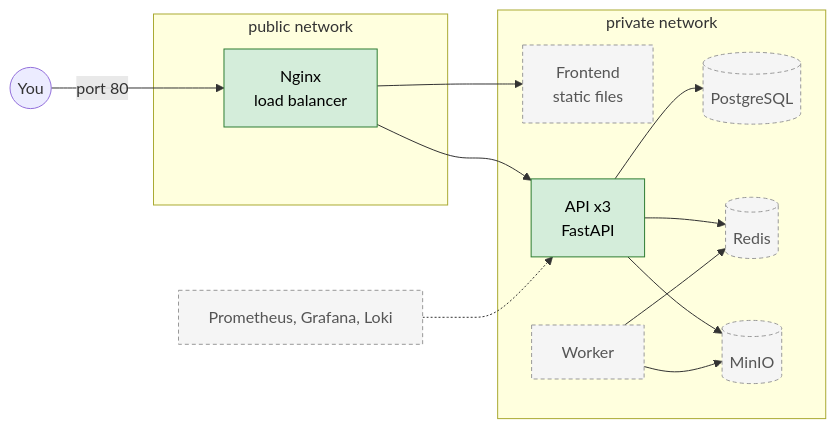
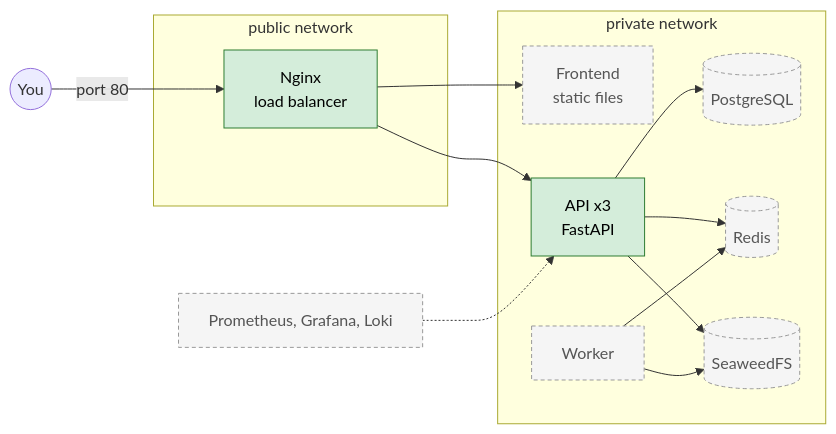
The diagram in README.md (moncef2k/aws-local-lab), drawn with Mermaid before and after one commit. The commit also changed other lines of this file and 7 other files, not shown here.

Commit message:
AWSLAB-36 docs: lab 06 step 18 - S3 server and bucket bootstrap (SeaweedFS replaces MinIO)

````diff
--- a/README.md
+++ b/README.md
@@ -23,24 +23,24 @@
 ```mermaid
 flowchart LR
   you((You)) -->|port 80| lb[Nginx<br/>load balancer]
   subgraph public[public network]
     lb
   end
   subgraph private[private network]
     fe[Frontend<br/>static files]
     api[API x3<br/>FastAPI]
     worker[Worker]
     db[(PostgreSQL)]
     cache[(Redis)]
-    s3[(MinIO)]
+    s3[(SeaweedFS)]
   end
   lb --> api
   lb --> fe
   api --> db & cache & s3
   worker --> cache & s3
   mon[Prometheus, Grafana, Loki] -.-> api
   classDef built fill:#d4edda,stroke:#2e7d32,color:#000
   classDef planned fill:#f5f5f5,stroke:#999,stroke-dasharray:4 3,color:#555
   class api,lb built
   class fe,worker,db,cache,s3,mon planned
 ```
````
